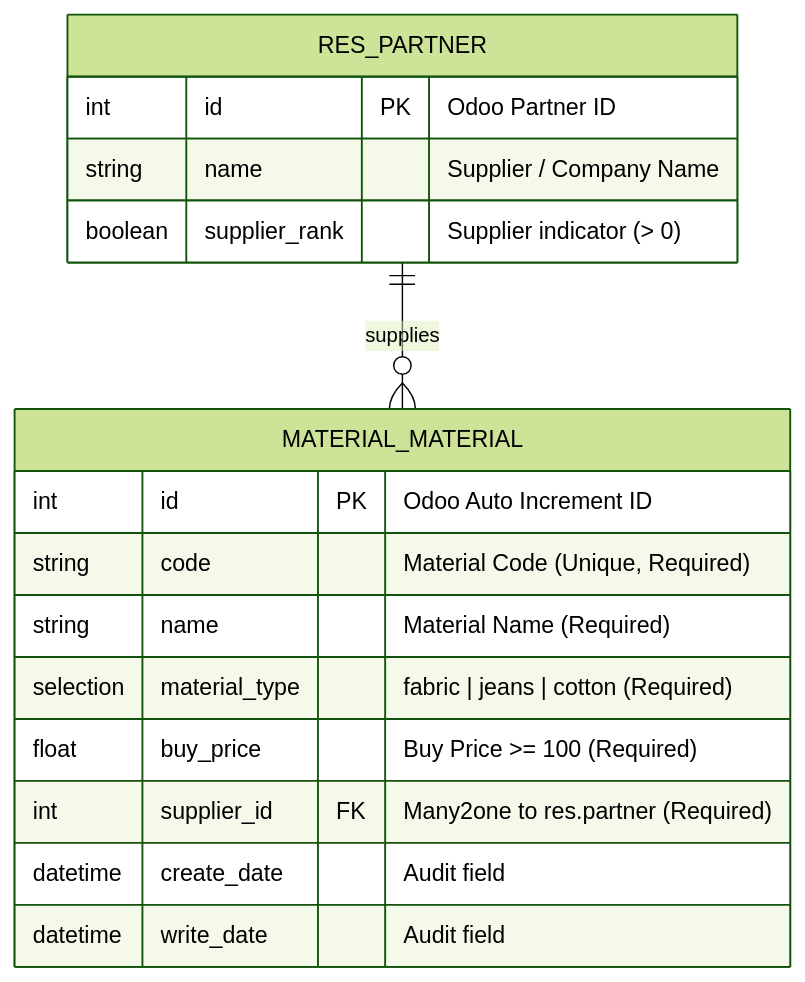
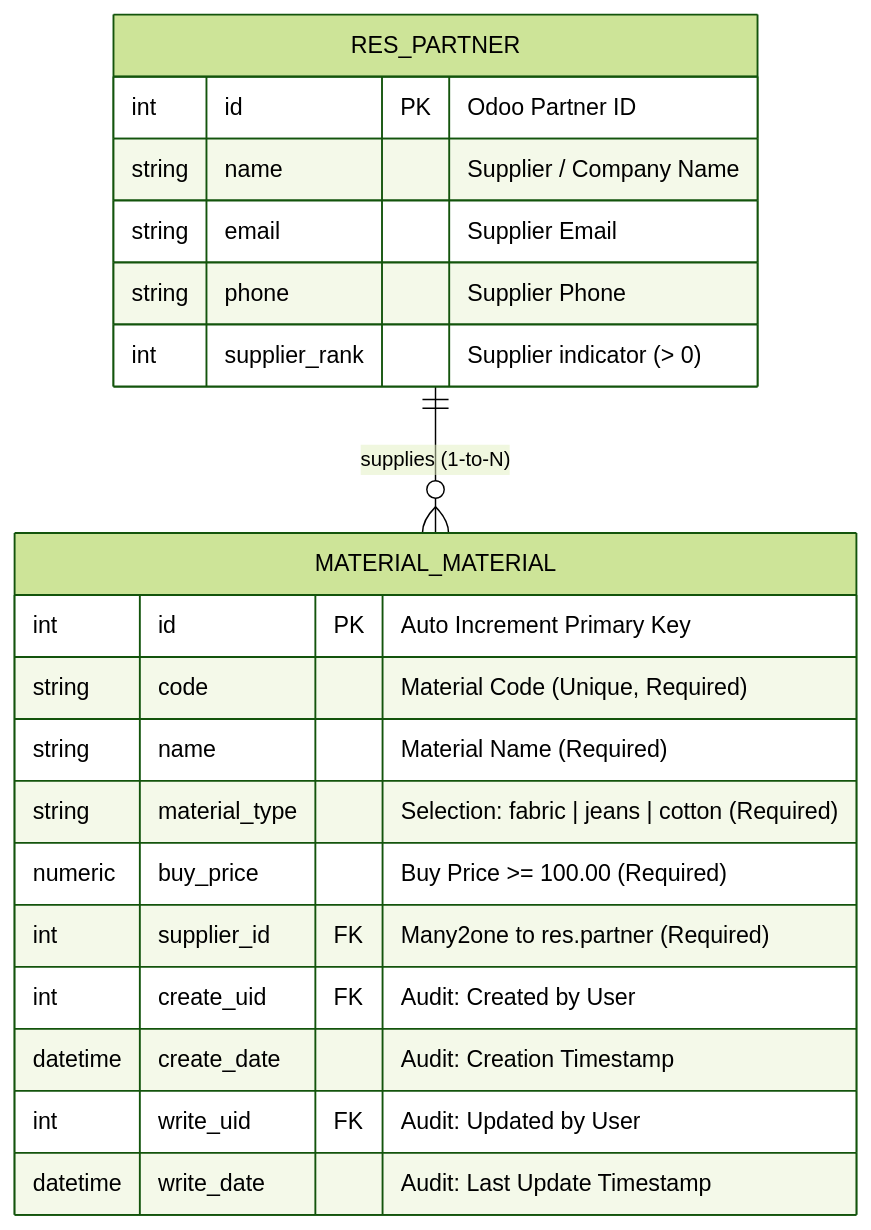
Before and after one commit to rafiyandi/odoo14-material-management: the diagram in README.md, drawn with Mermaid (forest theme). The commit also changed other lines of this file and 40 other files, not shown here.

````diff
--- a/README.md
+++ b/README.md
@@ -11,21 +46,25 @@
 ```mermaid
 erDiagram
-    RES_PARTNER ||--o{ MATERIAL_MATERIAL : "supplies"
+    RES_PARTNER ||--o{ MATERIAL_MATERIAL : "supplies (1-to-N)"
     
     MATERIAL_MATERIAL {
-        int id PK "Odoo Auto Increment ID"
+        int id PK "Auto Increment Primary Key"
         string code "Material Code (Unique, Required)"
         string name "Material Name (Required)"
-        selection material_type "fabric | jeans | cotton (Required)"
-        float buy_price "Buy Price >= 100 (Required)"
+        string material_type "Selection: fabric | jeans | cotton (Required)"
+        numeric buy_price "Buy Price >= 100.00 (Required)"
         int supplier_id FK "Many2one to res.partner (Required)"
-        datetime create_date "Audit field"
-        datetime write_date "Audit field"
+        int create_uid FK "Audit: Created by User"
+        datetime create_date "Audit: Creation Timestamp"
+        int write_uid FK "Audit: Updated by User"
+        datetime write_date "Audit: Last Update Timestamp"
     }
 
     RES_PARTNER {
         int id PK "Odoo Partner ID"
         string name "Supplier / Company Name"
-        boolean supplier_rank "Supplier indicator (> 0)"
+        string email "Supplier Email"
+        string phone "Supplier Phone"
+        int supplier_rank "Supplier indicator (> 0)"
     }
 ```
````
